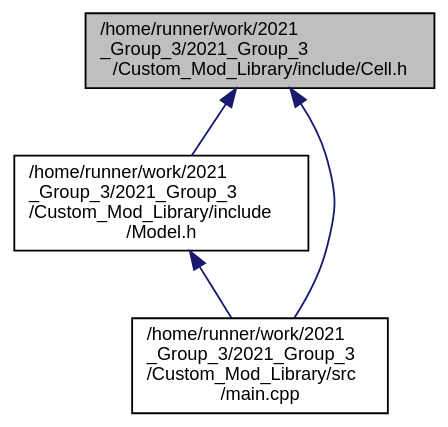
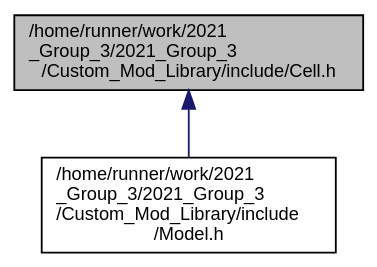
Before and after one commit to efybr1/2021_Group_3: the diagram in _cell_8h__dep__incl.dot, drawn with Graphviz. The commit also changed 71 other files, not shown here.

```diff
--- a/_cell_8h__dep__incl.dot
+++ b/_cell_8h__dep__incl.dot
@@ -1,13 +1,10 @@
 digraph "/home/runner/work/2021_Group_3/2021_Group_3/Custom_Mod_Library/include/Cell.h"
 {
  // LATEX_PDF_SIZE
   bgcolor="transparent";
   edge [fontname="Helvetica",fontsize="10",labelfontname="Helvetica",labelfontsize="10"];
   node [fontname="Helvetica",fontsize="10",shape=record];
-  Node1 [label="/home/runner/work/2021\l_Group_3/2021_Group_3\l/Custom_Mod_Library/include/Cell.h",height=0.2,width=0.4,color="black", fillcolor="grey75", style="filled", fontcolor="black",tooltip="Cell class used to store cell shapes that make up a model."];
+  Node1 [label="/home/runner/work/2021\l_Group_3/2021_Group_3\l/Custom_Mod_Library/include/Cell.h",height=0.2,width=0.4,color="black", fillcolor="grey75", style="filled", fontcolor="black",tooltip="Cell class used to store Cell shapes that make up a model."];
   Node1 -> Node2 [dir="back",color="midnightblue",fontsize="10",style="solid",fontname="Helvetica"];
-  Node2 [label="/home/runner/work/2021\l_Group_3/2021_Group_3\l/Custom_Mod_Library/include\l/Model.h",height=0.2,width=0.4,color="black",URL="$_model_8h_source.html",tooltip=" "];
-  Node2 -> Node3 [dir="back",color="midnightblue",fontsize="10",style="solid",fontname="Helvetica"];
-  Node3 [label="/home/runner/work/2021\l_Group_3/2021_Group_3\l/Custom_Mod_Library/src\l/main.cpp",height=0.2,width=0.4,color="black",URL="$main_8cpp.html",tooltip=" "];
-  Node1 -> Node3 [dir="back",color="midnightblue",fontsize="10",style="solid",fontname="Helvetica"];
+  Node2 [label="/home/runner/work/2021\l_Group_3/2021_Group_3\l/Custom_Mod_Library/include\l/Model.h",height=0.2,width=0.4,color="black",URL="$_model_8h.html",tooltip="Class used to open, save and store .mod files."];
 }
```
